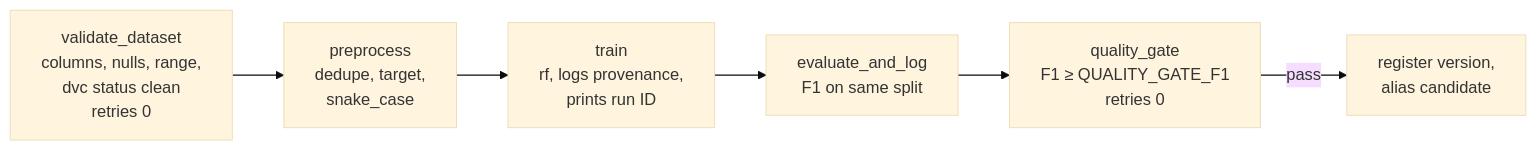
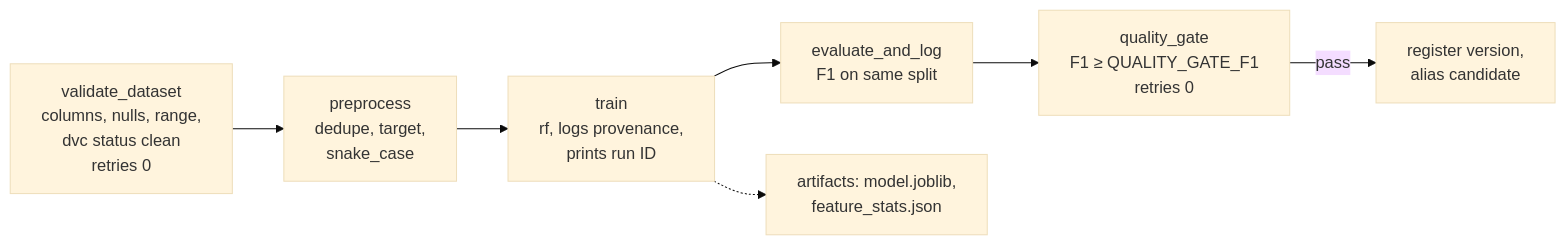
One commit to lioncovehx/grounded-mlops-agent changed the second of 6 diagrams in architecture.md. Above: the diagram before and after it, drawn with Mermaid (base theme). The commit also changed other lines of this file and 29 other files, not shown here.

````diff
--- a/architecture.md
+++ b/architecture.md
@@ -48,8 +52,9 @@
 ```mermaid
 flowchart LR
     V["validate_dataset<br/>columns, nulls, range,<br/>dvc status clean<br/>retries 0"] --> P["preprocess<br/>dedupe, target,<br/>snake_case"]
     P --> T["train<br/>rf, logs provenance,<br/>prints run ID"]
     T --> E["evaluate_and_log<br/>F1 on same split"]
     E --> G["quality_gate<br/>F1 ≥ QUALITY_GATE_F1<br/>retries 0"]
     G -- "pass" --> R["register version,<br/>alias candidate"]
+    T -.-> S["artifacts: model.joblib,<br/>feature_stats.json"]
 ```
````
